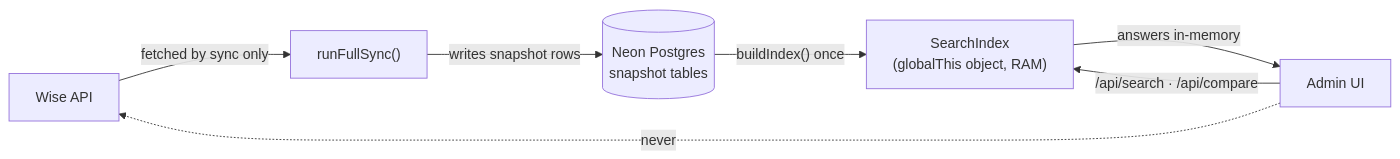
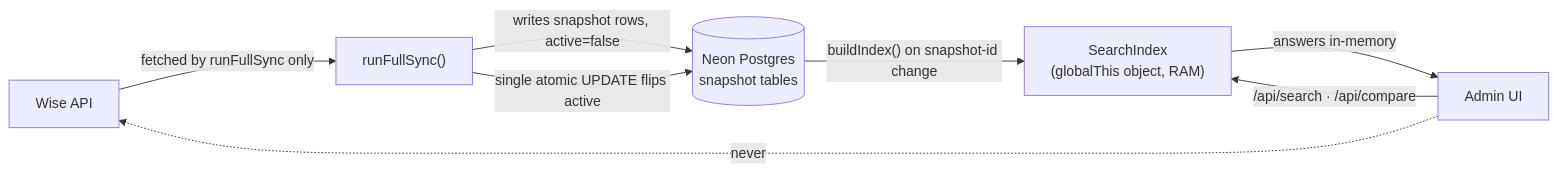
Before and after one commit to kasheesh711/bgscheduler: the first of 2 diagrams in docs/handbook/not-the-nextjs-you-know.md, drawn with Mermaid. The commit also changed other lines of this file and 95 other files, not shown here.

````diff
--- a/docs/handbook/not-the-nextjs-you-know.md
+++ b/docs/handbook/not-the-nextjs-you-know.md
@@ -67,9 +72,10 @@
 ```mermaid
 flowchart LR
-  Wise["Wise API"] -->|"fetched by sync only"| Orch["runFullSync()"]
-  Orch -->|writes snapshot rows| PG[("Neon Postgres<br/>snapshot tables")]
-  PG -->|"buildIndex() once"| IDX["SearchIndex<br/>(globalThis object, RAM)"]
+  Wise["Wise API"] -->|"fetched by runFullSync only"| Orch["runFullSync()"]
+  Orch -->|"writes snapshot rows, active=false"| PG[("Neon Postgres<br/>snapshot tables")]
+  Orch -->|"single atomic UPDATE flips active"| PG
+  PG -->|"buildIndex() on snapshot-id change"| IDX["SearchIndex<br/>(globalThis object, RAM)"]
   UI["Admin UI"] -->|"/api/search · /api/compare"| IDX
   IDX -->|"answers in-memory"| UI
   UI -. never .-> Wise
 ```
````
